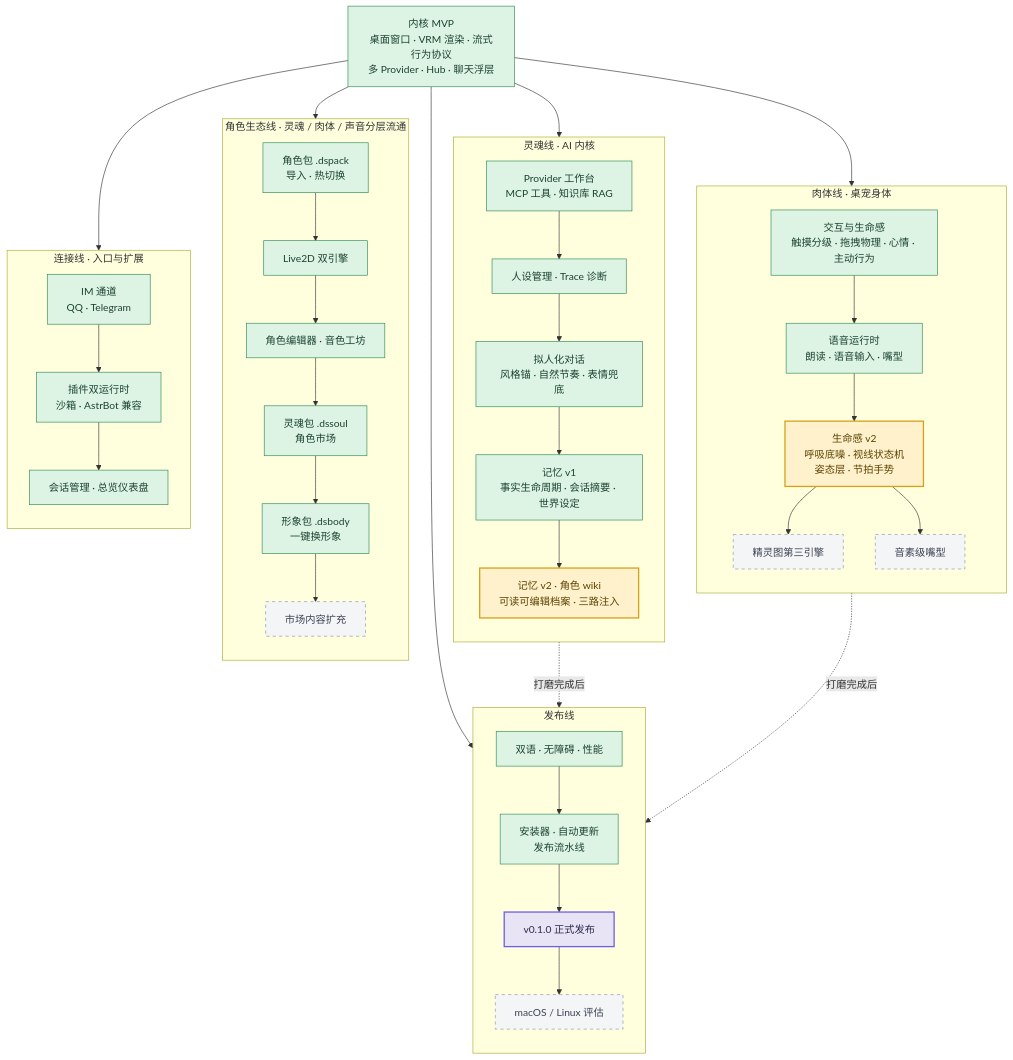
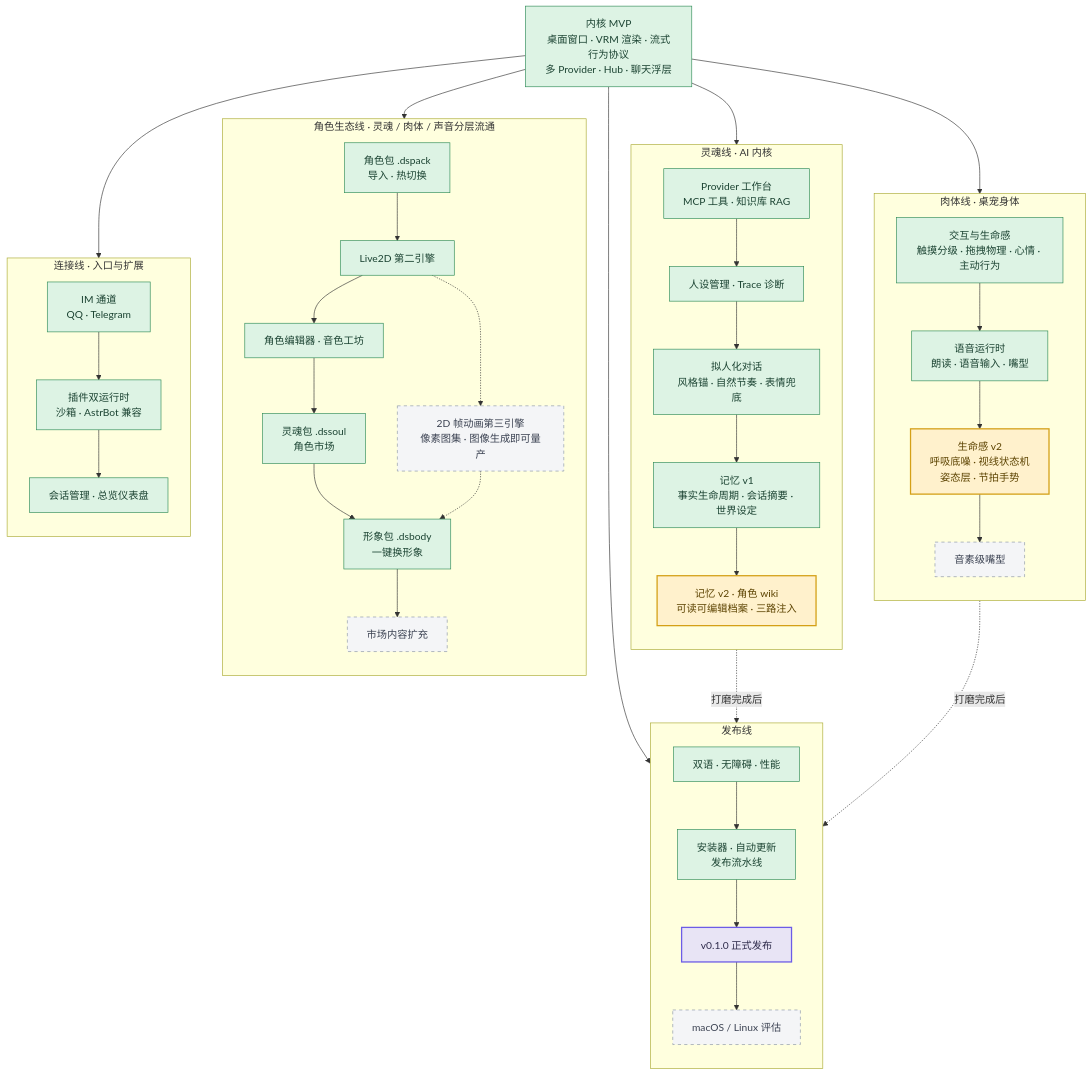
The second of 2 diagrams in README.md (Furina-he/OpenPet), drawn with Mermaid before and after one commit.

Commit message:
docs(readme): Roadmap 角色生态线补 2D 帧动画第三引擎（候选），从肉体线移出

````diff
--- a/README.md
+++ b/README.md
@@ -146,67 +146,68 @@
 ```mermaid
 flowchart TB
   classDef done fill:#DDF3E4,stroke:#2E8B57,color:#1B4332
   classDef active fill:#FFF1CC,stroke:#D4A017,color:#5C4300,stroke-width:2px
   classDef plan fill:#F4F5F7,stroke:#8A94A6,color:#3B4252,stroke-dasharray: 5 5
   classDef gate fill:#E8E4F5,stroke:#6C5CE7,color:#2D2A4A,stroke-width:2px
 
   MVP["内核 MVP<br/>桌面窗口 · VRM 渲染 · 流式行为协议<br/>多 Provider · Hub · 聊天浮层"]:::done
 
   subgraph BODY["肉体线 · 桌宠身体"]
     direction TB
     B1["交互与生命感<br/>触摸分级 · 拖拽物理 · 心情 · 主动行为"]:::done
     B2["语音运行时<br/>朗读 · 语音输入 · 嘴型"]:::done
     B3["生命感 v2<br/>呼吸底噪 · 视线状态机<br/>姿态层 · 节拍手势"]:::active
-    B4["精灵图第三引擎"]:::plan
     B5["音素级嘴型"]:::plan
     B1 --> B2 --> B3
-    B3 --> B4
     B3 --> B5
   end
 
   subgraph SOUL["灵魂线 · AI 内核"]
     direction TB
     S1["Provider 工作台<br/>MCP 工具 · 知识库 RAG"]:::done
     S2["人设管理 · Trace 诊断"]:::done
     S3["拟人化对话<br/>风格锚 · 自然节奏 · 表情兜底"]:::done
     S4["记忆 v1<br/>事实生命周期 · 会话摘要 · 世界设定"]:::done
     S5["记忆 v2 · 角色 wiki<br/>可读可编辑档案 · 三路注入"]:::active
     S1 --> S2 --> S3 --> S4 --> S5
   end
 
   subgraph ECO["角色生态线 · 灵魂 / 肉体 / 声音分层流通"]
     direction TB
     E1["角色包 .dspack<br/>导入 · 热切换"]:::done
-    E2["Live2D 双引擎"]:::done
+    E2["Live2D 第二引擎"]:::done
+    E7["2D 帧动画第三引擎<br/>像素图集 · 图像生成即可量产"]:::plan
     E3["角色编辑器 · 音色工坊"]:::done
     E4["灵魂包 .dssoul<br/>角色市场"]:::done
     E5["形象包 .dsbody<br/>一键换形象"]:::done
     E6["市场内容扩充"]:::plan
     E1 --> E2 --> E3 --> E4 --> E5 --> E6
+    E2 -.-> E7
+    E7 -.-> E5
   end
 
   subgraph LINK["连接线 · 入口与扩展"]
     direction TB
     L1["IM 通道<br/>QQ · Telegram"]:::done
     L2["插件双运行时<br/>沙箱 · AstrBot 兼容"]:::done
     L3["会话管理 · 总览仪表盘"]:::done
     L1 --> L2 --> L3
   end
 
   subgraph SHIP["发布线"]
     direction TB
     R1["双语 · 无障碍 · 性能"]:::done
     R2["安装器 · 自动更新<br/>发布流水线"]:::done
     R3["v0.1.0 正式发布"]:::gate
     R4["macOS / Linux 评估"]:::plan
     R1 --> R2 --> R3 --> R4
   end
 
   MVP --> B1
   MVP --> S1
   MVP --> E1
   MVP --> L1
   MVP --> R1
   B3 -.打磨完成后.-> R3
   S5 -.打磨完成后.-> R3
 ```
````
